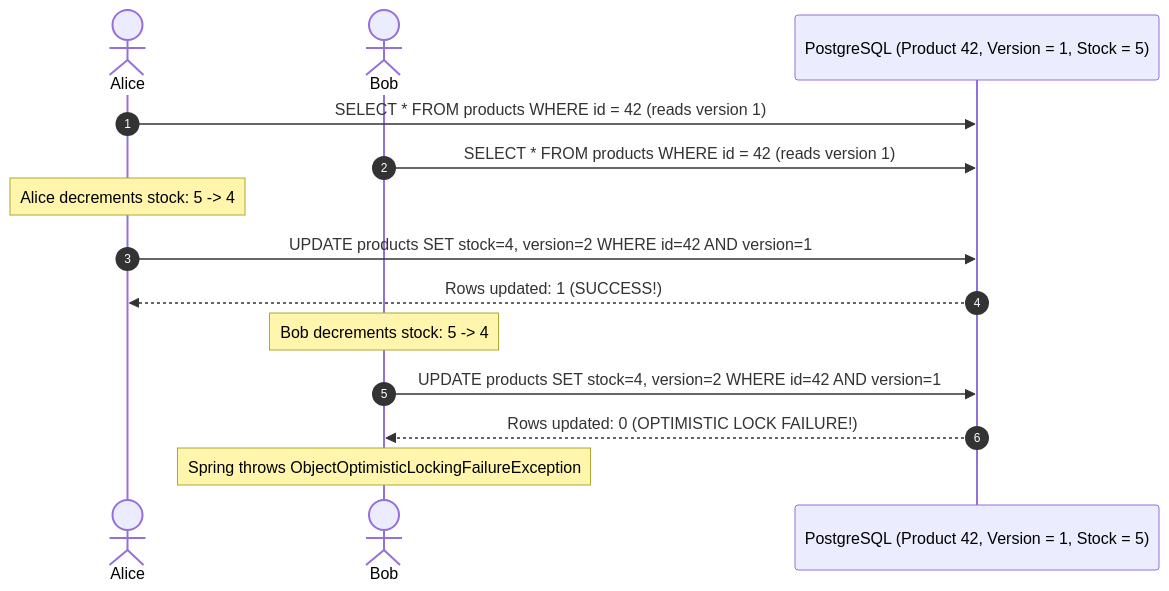
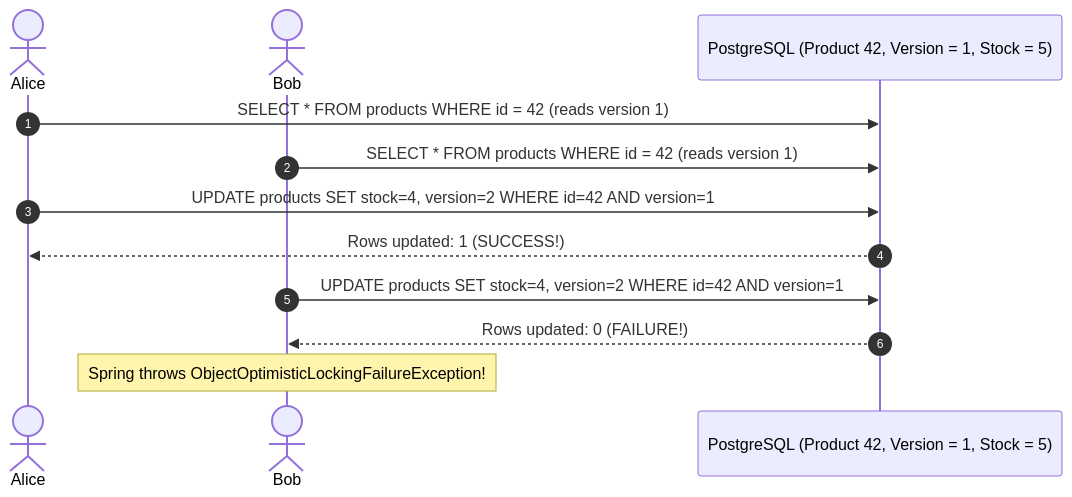
Before and after one commit to weaponxwolf/backend-engineering-mastry: the fifth of 6 diagrams in docs/database/locking-isolation.mdx, drawn with Mermaid. The commit also changed other lines of this file and 14 other files, not shown here.

Commit message:
docs: refactor and expand JPA and Hibernate architecture guide with physical memory and performance insights

````diff
--- a/docs/database/locking-isolation.mdx
+++ b/docs/database/locking-isolation.mdx
@@ -147,19 +212,17 @@
 ```mermaid
 sequenceDiagram
     autonumber
     actor Alice
     actor Bob
     participant DB as PostgreSQL (Product 42, Version = 1, Stock = 5)
 
     Alice->>DB: SELECT * FROM products WHERE id = 42 (reads version 1)
     Bob->>DB: SELECT * FROM products WHERE id = 42 (reads version 1)
     
-    Note over Alice: Alice decrements stock: 5 -> 4
     Alice->>DB: UPDATE products SET stock=4, version=2 WHERE id=42 AND version=1
     DB-->>Alice: Rows updated: 1 (SUCCESS!)
 
-    Note over Bob: Bob decrements stock: 5 -> 4
     Bob->>DB: UPDATE products SET stock=4, version=2 WHERE id=42 AND version=1
-    DB-->>Bob: Rows updated: 0 (OPTIMISTIC LOCK FAILURE!)
-    Note over Bob: Spring throws ObjectOptimisticLockingFailureException
+    DB-->>Bob: Rows updated: 0 (FAILURE!)
+    Note over Bob: Spring throws ObjectOptimisticLockingFailureException!
 ```
````
